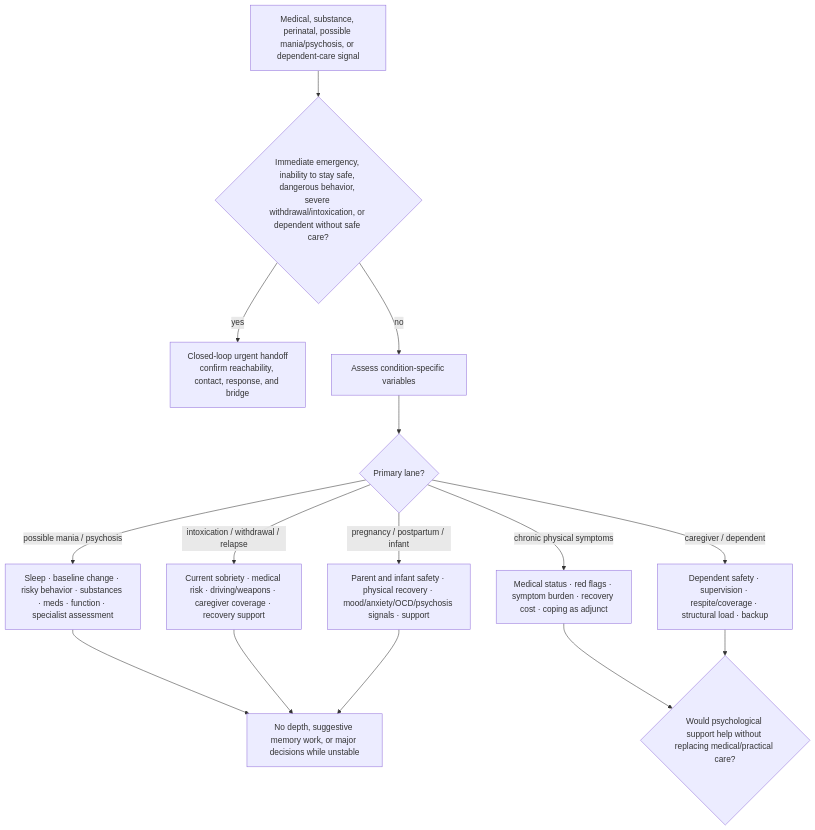
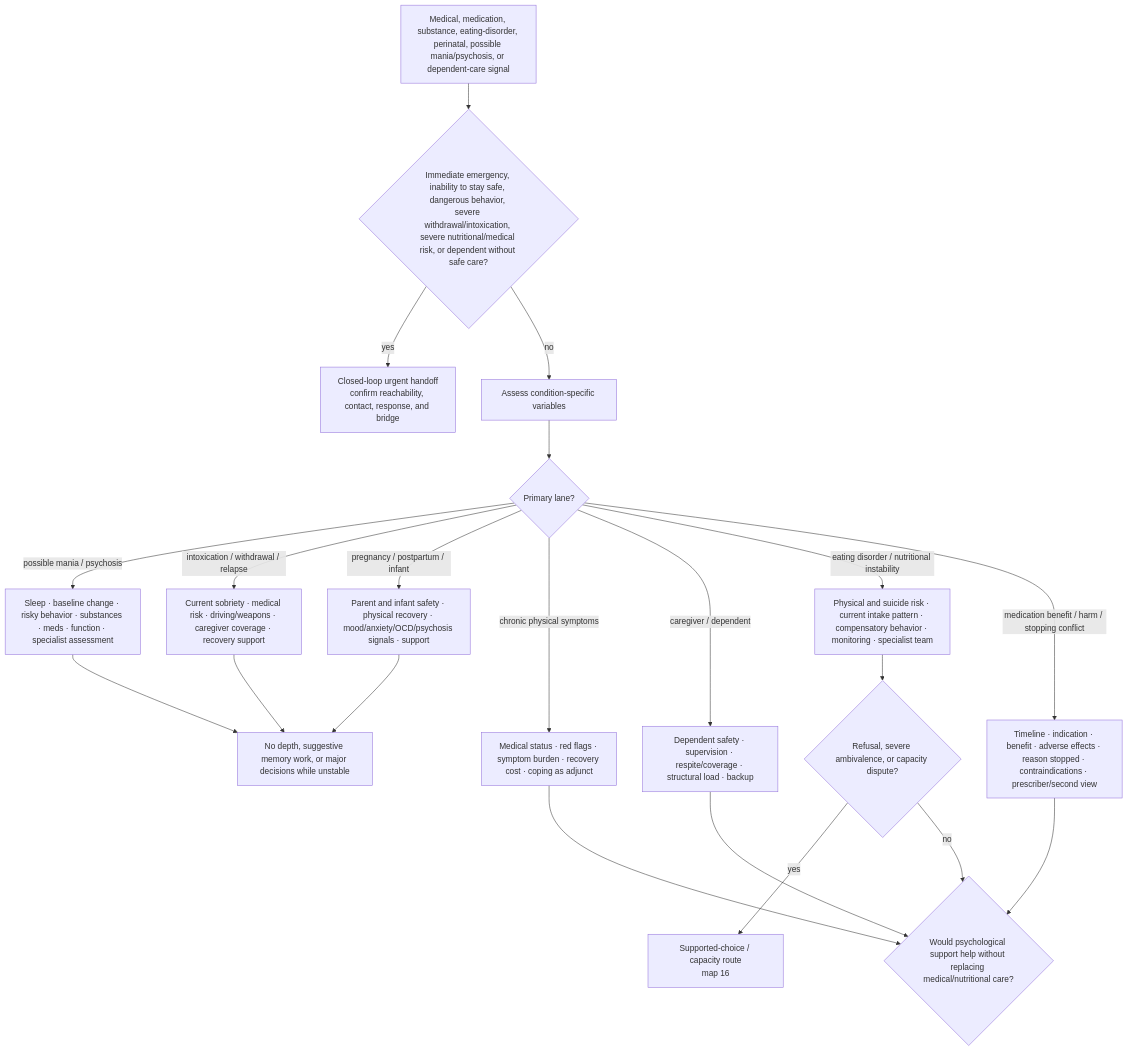
One commit to u-dont-existDOTcom/creativeTailSampling changed the diagram in analysis/inner_child_protocol/maps/12-MEDICAL-SUBSTANCE-PERINATAL-AND-DEPENDENT-SAFETY.md. Above: the diagram before and after it, drawn with Mermaid. The commit also changed other lines of this file, not shown here.

Commit message:
Add eating-disorder refusal and medication-conflict routing

````diff
--- a/analysis/inner_child_protocol/maps/12-MEDICAL-SUBSTANCE-PERINATAL-AND-DEPENDENT-SAFETY.md
+++ b/analysis/inner_child_protocol/maps/12-MEDICAL-SUBSTANCE-PERINATAL-AND-DEPENDENT-SAFETY.md
@@ -5,17 +5,24 @@
 ```mermaid
 flowchart TD
-    A["Medical, substance, perinatal, possible mania/psychosis, or dependent-care signal"] --> B{"Immediate emergency, inability to stay safe, dangerous behavior, severe withdrawal/intoxication, or dependent without safe care?"}
+    A["Medical, medication, substance, eating-disorder, perinatal, possible mania/psychosis, or dependent-care signal"] --> B{"Immediate emergency, inability to stay safe, dangerous behavior, severe withdrawal/intoxication, severe nutritional/medical risk, or dependent without safe care?"}
     B -- "yes" --> C["Closed-loop urgent handoff<br/>confirm reachability, contact, response, and bridge"]
     B -- "no" --> D["Assess condition-specific variables"]
     D --> E{"Primary lane?"}
     E -- "possible mania / psychosis" --> F["Sleep · baseline change · risky behavior · substances · meds · function · specialist assessment"]
     E -- "intoxication / withdrawal / relapse" --> G["Current sobriety · medical risk · driving/weapons · caregiver coverage · recovery support"]
     E -- "pregnancy / postpartum / infant" --> H["Parent and infant safety · physical recovery · mood/anxiety/OCD/psychosis signals · support"]
     E -- "chronic physical symptoms" --> I["Medical status · red flags · symptom burden · recovery cost · coping as adjunct"]
     E -- "caregiver / dependent" --> J["Dependent safety · supervision · respite/coverage · structural load · backup"]
+    E -- "eating disorder / nutritional instability" --> ED["Physical and suicide risk · current intake pattern · compensatory behavior · monitoring · specialist team"]
+    E -- "medication benefit / harm / stopping conflict" --> MED["Timeline · indication · benefit · adverse effects · reason stopped · contraindications · prescriber/second view"]
+
     F --> K["No depth, suggestive memory work, or major decisions while unstable"]
     G --> K
     H --> K
-    I --> L{"Would psychological support help without replacing medical/practical care?"}
+    ED --> ED2{"Refusal, severe ambivalence, or capacity dispute?"}
+    ED2 -- "yes" --> DC["Supported-choice / capacity route<br/>map 16"]
+    ED2 -- "no" --> L{"Would psychological support help without replacing medical/nutritional care?"}
+    MED --> L
+    I --> L
     J --> L
 ```
````
